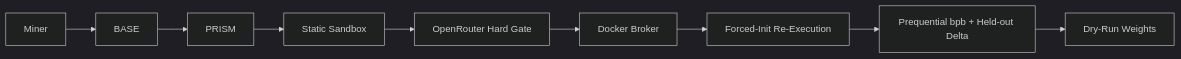
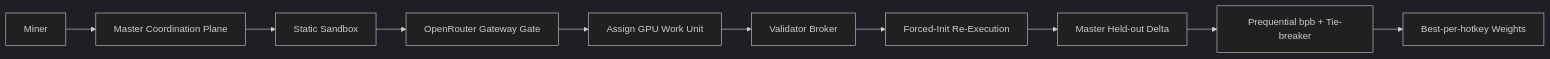
Before and after one commit to PlatformNetwork/prism: the first of 2 diagrams in README.md, drawn with Mermaid (dark theme). The commit also changed other lines of this file, not shown here.

Commit message:
docs: update README for decentralized prism evaluation and HF checkpoint recovery

````diff
--- a/README.md
+++ b/README.md
@@ -94,11 +113,12 @@
 ```mermaid
 flowchart LR
-    Miner[Miner] --> Base[BASE]
-    Base --> Prism[PRISM]
-    Prism --> Static[Static Sandbox]
-    Static --> LLM[OpenRouter Hard Gate]
-    LLM --> Broker[Docker Broker]
-    Broker --> Reexec[Forced-Init Re-Execution]
-    Reexec --> Score[Prequential bpb + Held-out Delta]
-    Score --> Weights[Dry-Run Weights]
+    Miner[Miner] --> Master[Master Coordination Plane]
+    Master --> Static[Static Sandbox]
+    Static --> LLM[OpenRouter Gateway Gate]
+    LLM --> Assign[Assign GPU Work Unit]
+    Assign --> Validator[Validator Broker]
+    Validator --> Reexec[Forced-Init Re-Execution]
+    Reexec --> Heldout[Master Held-out Delta]
+    Heldout --> Score[Prequential bpb + Tie-breaker]
+    Score --> Weights[Best-per-hotkey Weights]
 ```
````
